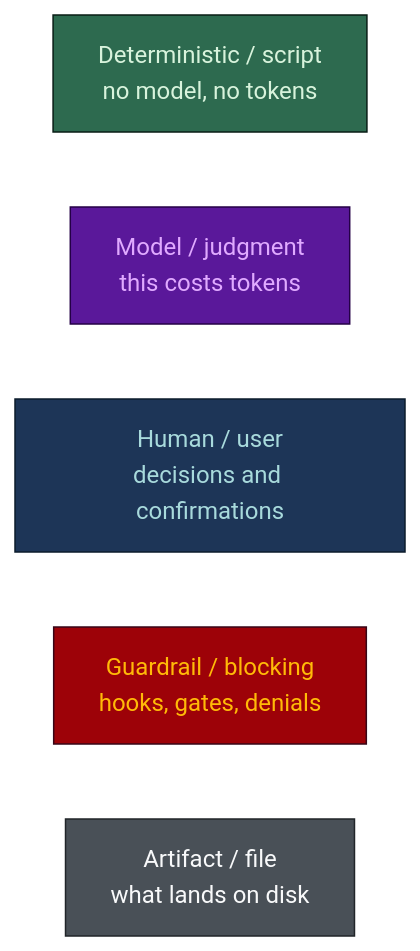
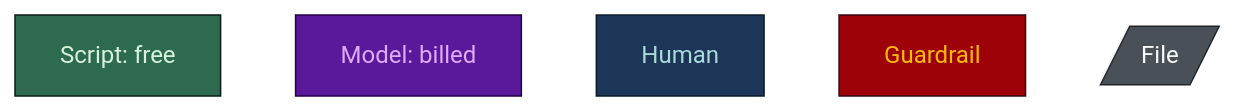
Before and after one commit to nguyenhx2/agent-harness-bootstrap: the first of 16 diagrams in docs/FLOWS.md, drawn with Mermaid (forest theme). The commit also changed other lines of this file and 364 other files, not shown here.

````diff
--- a/docs/FLOWS.md
+++ b/docs/FLOWS.md
@@ -21,20 +16,16 @@
 ```mermaid
 flowchart LR
-    D["Deterministic / script<br/>no model, no tokens"]
-    M["Model / judgment<br/>this costs tokens"]
-    H["Human / user<br/>decisions and confirmations"]
-    G["Guardrail / blocking<br/>hooks, gates, denials"]
-    A["Artifact / file<br/>what lands on disk"]
+    D["Script: free"] ~~~ M["Model: billed"] ~~~ H["Human"] ~~~ G["Guardrail"] ~~~ A[/"File"/]
 
     classDef det fill:#2D6A4F,stroke:#081C15,stroke-width:1px,color:#D8F3DC
     classDef mod fill:#5A189A,stroke:#240046,stroke-width:1px,color:#E0AAFF
     classDef hum fill:#1D3557,stroke:#0B1B2B,stroke-width:1px,color:#A8DADC
     classDef gate fill:#9D0208,stroke:#370617,stroke-width:1px,color:#FFBA08
     classDef art fill:#495057,stroke:#212529,stroke-width:1px,color:#F8F9FA
 
     class D det
     class M mod
     class H hum
     class G gate
     class A art
 ```
````
